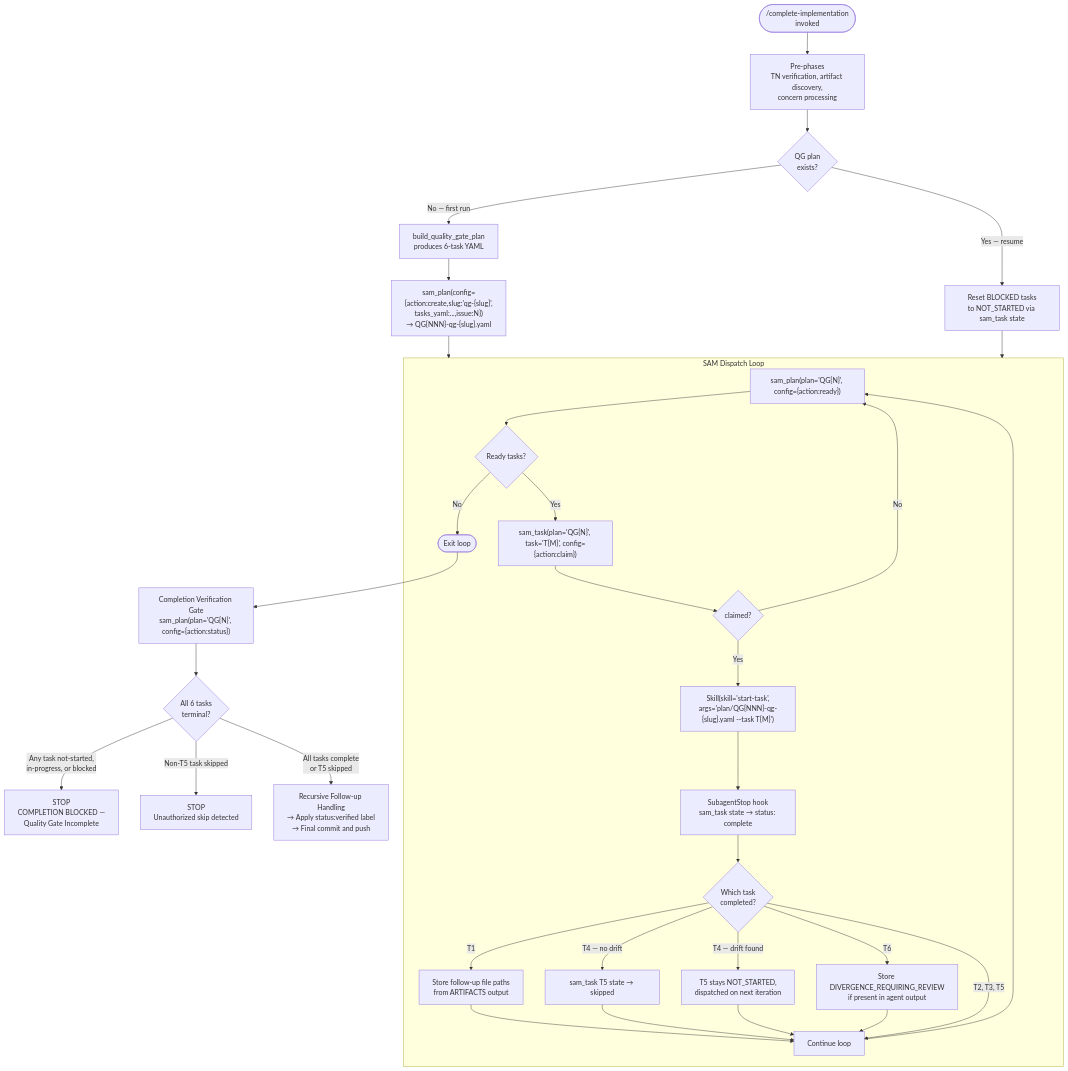
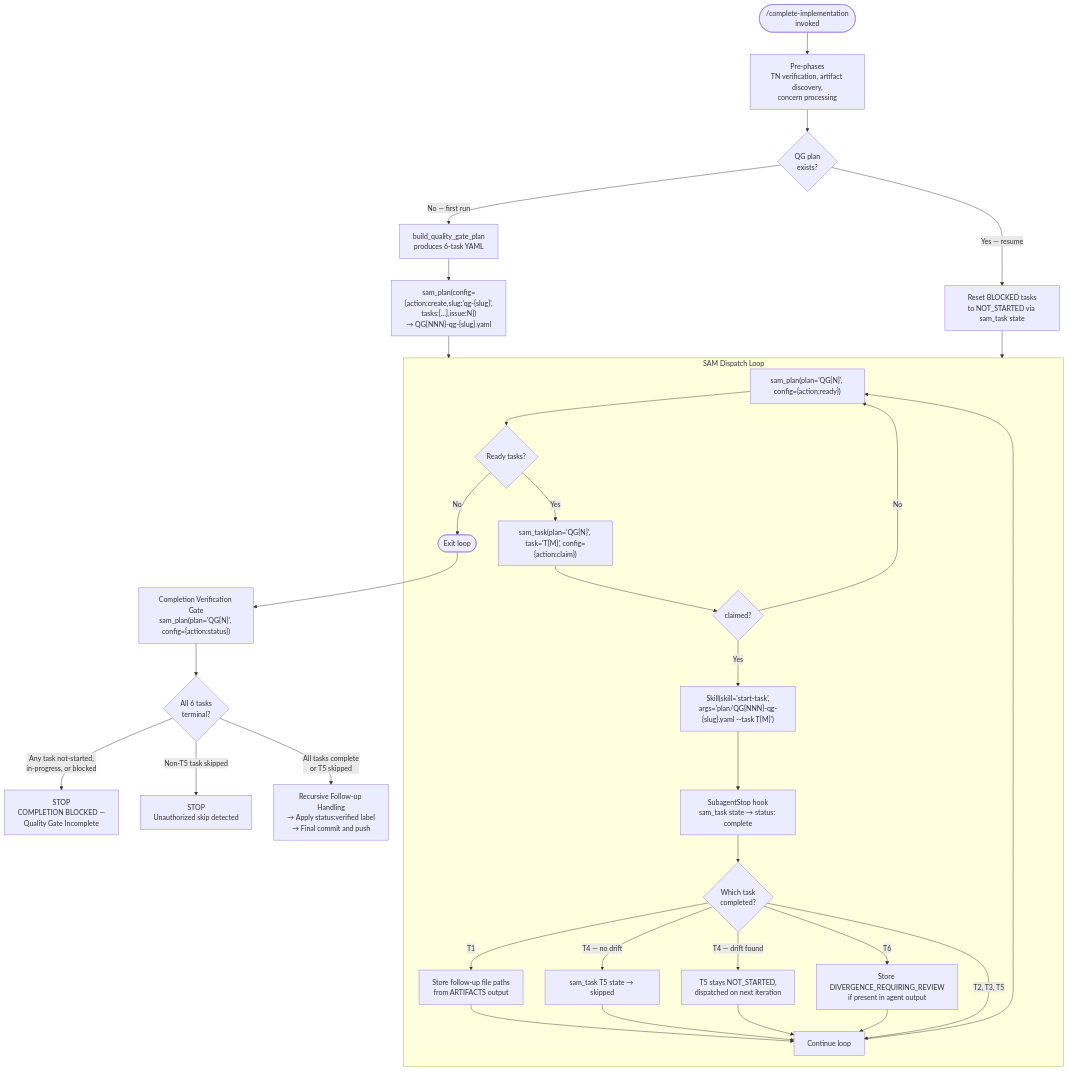
The fifth of 5 diagrams in plugins/development-harness/docs/workflow-architecture-diagram.md (chgreer1070/claude_skills), drawn with Mermaid before and after one commit. The commit also changed other lines of this file and 48 other files, not shown here.

````diff
--- a/plugins/development-harness/docs/workflow-architecture-diagram.md
+++ b/plugins/development-harness/docs/workflow-architecture-diagram.md
@@ -374,37 +408,37 @@
 ```mermaid
 flowchart TD
     Start(["/complete-implementation<br>invoked"]) --> PrePhase["Pre-phases<br>TN verification, artifact discovery,<br>concern processing"]
     PrePhase --> CheckQG{QG plan<br>exists?}
     CheckQG -->|"No — first run"| GenYAML["build_quality_gate_plan<br>produces 6-task YAML"]
-    GenYAML --> CreatePlan["sam_plan(config={action:create,slug:'qg-{slug}',<br>tasks_yaml:...,issue:N})<br>→ QG{NNN}-qg-{slug}.yaml"]
+    GenYAML --> CreatePlan["sam_plan(config={action:create,slug:'qg-{slug}',<br>tasks:[...],issue:N})<br>→ QG{NNN}-qg-{slug}.yaml"]
     CheckQG -->|"Yes — resume"| ResetBlocked["Reset BLOCKED tasks<br>to NOT_STARTED via sam_task state"]
     CreatePlan --> DispatchLoop
     ResetBlocked --> DispatchLoop
 
     subgraph DispatchLoop [SAM Dispatch Loop]
         Ready["sam_plan(plan='QG{N}', config={action:ready})"] --> AnyReady{Ready tasks?}
         AnyReady -->|No| ExitLoop([Exit loop])
         AnyReady -->|Yes| Claim["sam_task(plan='QG{N}', task='T{M}', config={action:claim})"]
         Claim --> ClaimedOK{claimed?}
         ClaimedOK -->|No| Ready
         ClaimedOK -->|Yes| Dispatch["Skill(skill='start-task',<br>args='plan/QG{NNN}-qg-{slug}.yaml --task T{M}')"]
         Dispatch --> Hook["SubagentStop hook<br>sam_task state → status: complete"]
         Hook --> PostDispatch{Which task<br>completed?}
         PostDispatch -->|T1| StoreFollowups["Store follow-up file paths<br>from ARTIFACTS output"]
         PostDispatch -->|"T4 — no drift"| SkipT5["sam_task T5 state → skipped"]
         PostDispatch -->|"T4 — drift found"| T5Ready["T5 stays NOT_STARTED,<br>dispatched on next iteration"]
         PostDispatch -->|T6| StoreDiv["Store DIVERGENCE_REQUIRING_REVIEW<br>if present in agent output"]
         PostDispatch -->|T2, T3, T5| NextIter["Continue loop"]
         StoreFollowups --> NextIter
         SkipT5 --> NextIter
         T5Ready --> NextIter
         StoreDiv --> NextIter
         NextIter --> Ready
     end
 
     ExitLoop --> VGate["Completion Verification Gate<br>sam_plan(plan='QG{N}', config={action:status})"]
     VGate --> VerifyAll{All 6 tasks<br>terminal?}
     VerifyAll -->|"Any task not-started,<br>in-progress, or blocked"| BlockFail["STOP<br>COMPLETION BLOCKED —<br>Quality Gate Incomplete"]
     VerifyAll -->|"Non-T5 task skipped"| BlockUnauth["STOP<br>Unauthorized skip detected"]
     VerifyAll -->|"All tasks complete<br>or T5 skipped"| PostLoop["Recursive Follow-up Handling<br>→ Apply status:verified label<br>→ Final commit and push"]
 ```
````
